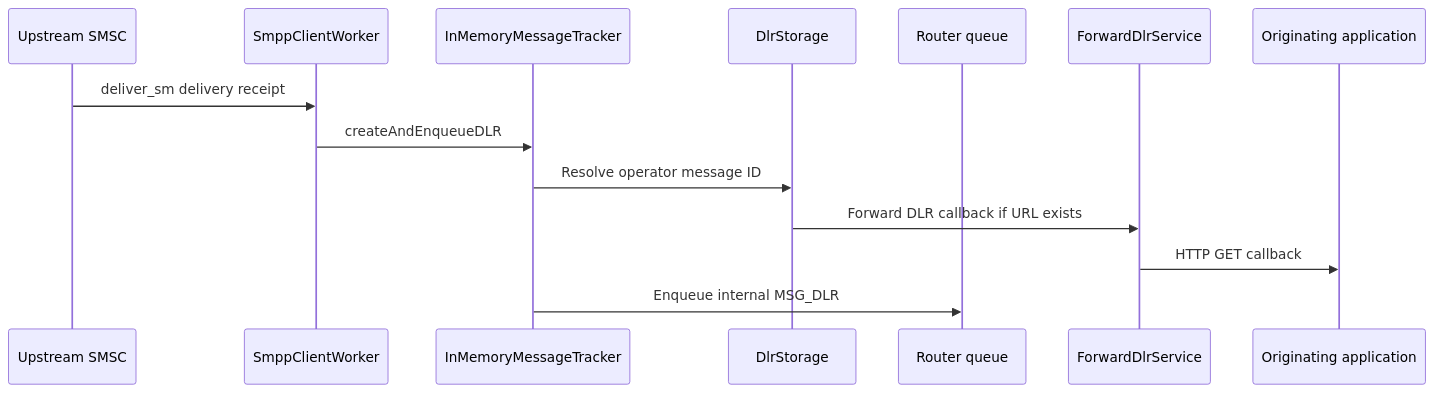
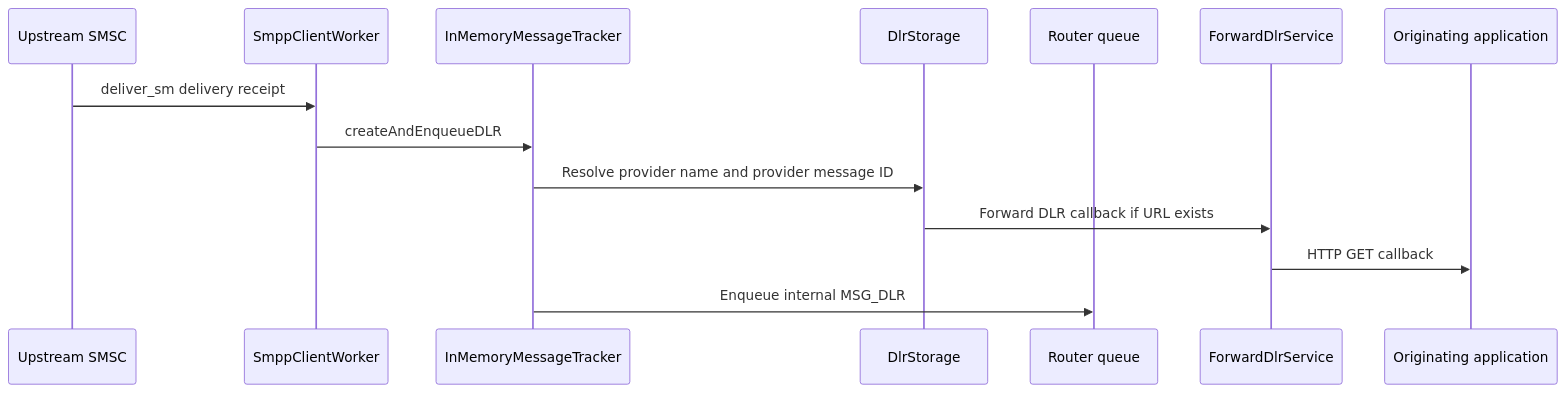
Before and after one commit to cytechmobile/sendium: the fifth of 6 diagrams in docs/01-architecture.md, drawn with Mermaid. The commit also changed other lines of this file and 35 other files, not shown here.

````diff
--- a/docs/01-architecture.md
+++ b/docs/01-architecture.md
@@ -156,17 +156,17 @@
 ```mermaid
 sequenceDiagram
     participant SMSC as Upstream SMSC
     participant Worker as SmppClientWorker
     participant Tracker as InMemoryMessageTracker
     participant Store as DlrStorage
     participant Router as Router queue
     participant DLRHook as ForwardDlrService
     participant App as Originating application
 
     SMSC->>Worker: deliver_sm delivery receipt
     Worker->>Tracker: createAndEnqueueDLR
-    Tracker->>Store: Resolve operator message ID
+    Tracker->>Store: Resolve provider name and provider message ID
     Store->>DLRHook: Forward DLR callback if URL exists
     DLRHook->>App: HTTP GET callback
     Tracker->>Router: Enqueue internal MSG_DLR
 ```
````
